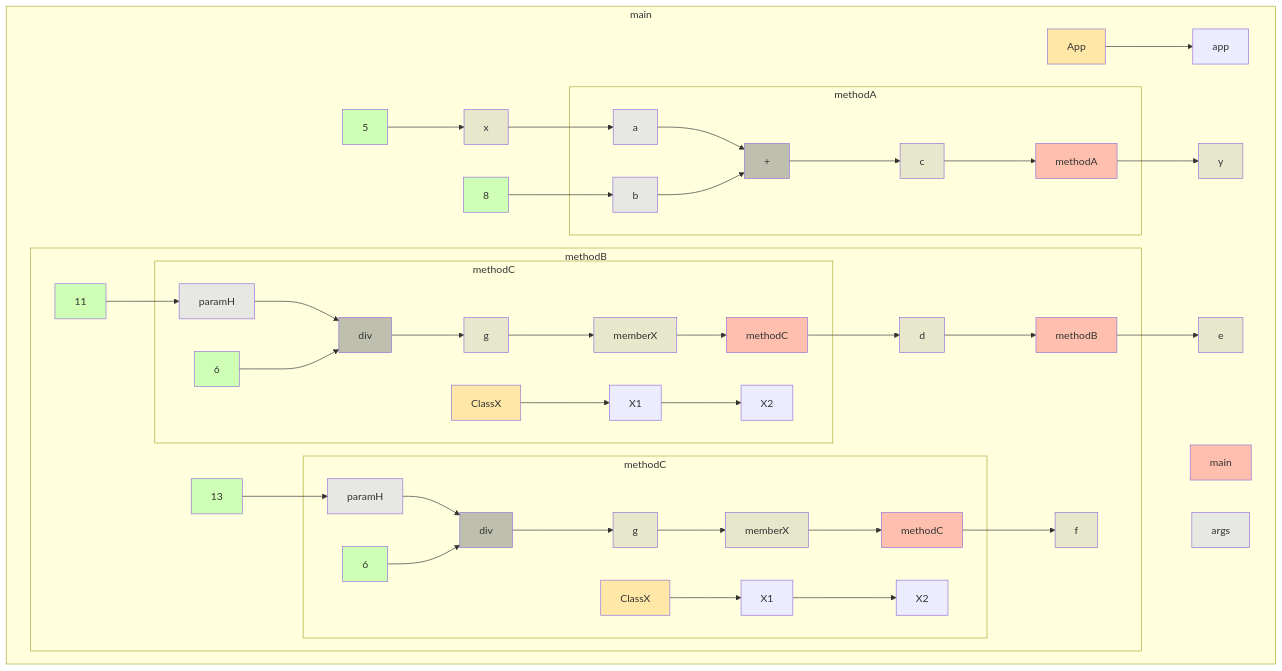
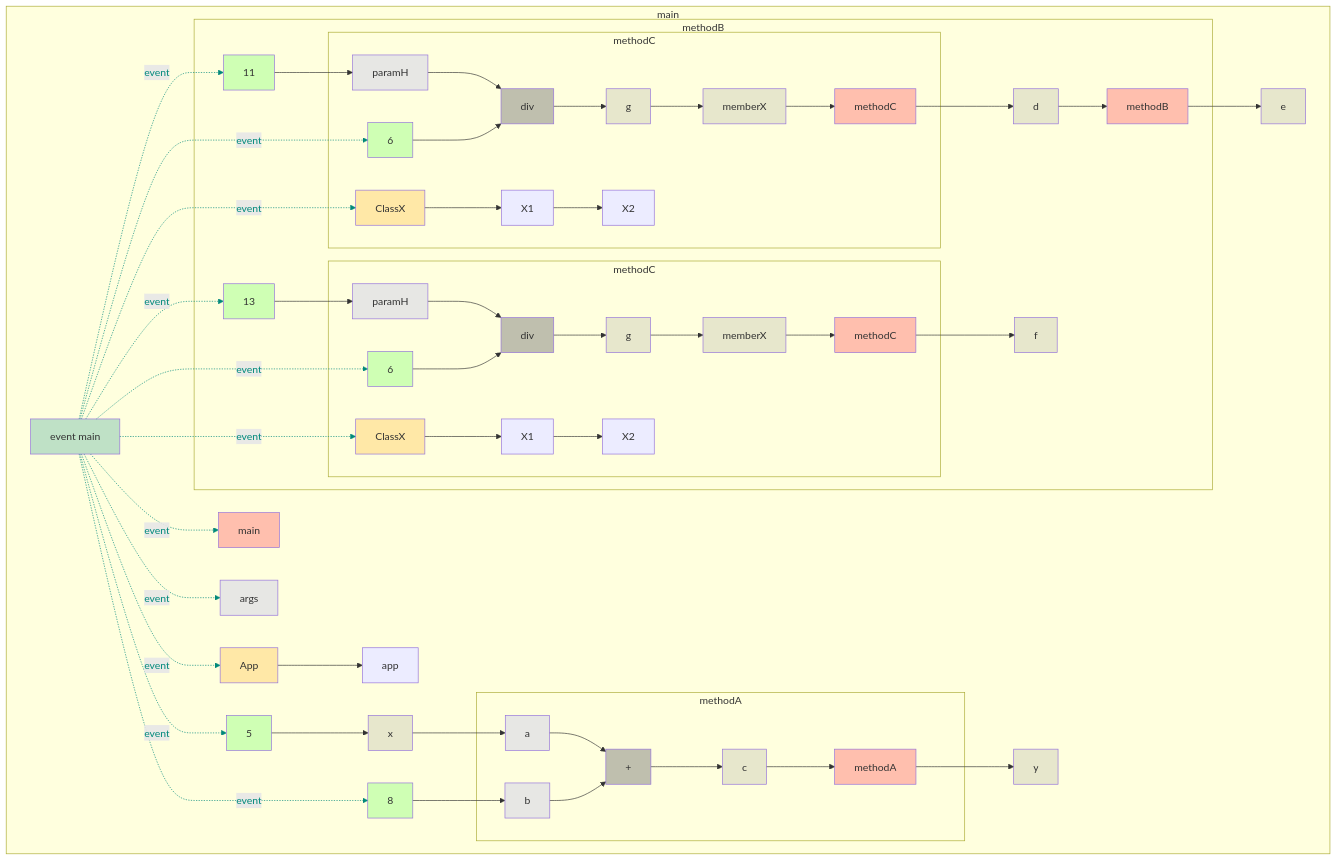
One commit to gstiebler/codeflow changed the diagram in app/src/test/resources/funcCall/snapshot.md. Above: the diagram before and after it, drawn with Mermaid. The commit also changed 77 other files, not shown here.

````diff
--- a/app/src/test/resources/funcCall/snapshot.md
+++ b/app/src/test/resources/funcCall/snapshot.md
@@ -1,81 +1,104 @@
 ```mermaid
 flowchart TD
   subgraph b0["main"]
-    n1[main]:::RETURN
-    n2[args]:::FUNC_PARAM
-    n3[5]:::LITERAL
-    n4[x]:::VARIABLE
-    n5[8]:::LITERAL
-    n12[y]:::VARIABLE
-    n13[App]:::EXTERNAL
-    n14[app]:::OBJ_VARIABLE
-    n41[e]:::VARIABLE
-    n3[5]:::LITERAL --> n4[x]:::VARIABLE
-    n4[x]:::VARIABLE --> n8[a]:::FUNC_PARAM
-    n5[8]:::LITERAL --> n9[b]:::FUNC_PARAM
-    n13[App]:::EXTERNAL --> n14[app]:::OBJ_VARIABLE
-    n7[methodA]:::RETURN --> n12[y]:::VARIABLE
-    n16[methodB]:::RETURN --> n41[e]:::VARIABLE
-    subgraph b6["methodA"]
-      n7[methodA]:::RETURN
-      n8[a]:::FUNC_PARAM
-      n9[b]:::FUNC_PARAM
-      n10[+]:::BIN_OP
-      n11[c]:::VARIABLE
-      n8[a]:::FUNC_PARAM --> n10[+]:::BIN_OP
-      n9[b]:::FUNC_PARAM --> n10[+]:::BIN_OP
-      n10[+]:::BIN_OP --> n11[c]:::VARIABLE
-      n11[c]:::VARIABLE --> n7[methodA]:::RETURN
+    n1[event main]:::EVENT
+    n2[main]:::RETURN
+    n3[args]:::FUNC_PARAM
+    n4[5]:::LITERAL
+    n5[x]:::VARIABLE
+    n6[8]:::LITERAL
+    n13[y]:::VARIABLE
+    n14[App]:::EXTERNAL
+    n15[app]:::OBJ_VARIABLE
+    n42[e]:::VARIABLE
+    n1[event main]:::EVENT -. event .-> n2[main]:::RETURN
+    n1[event main]:::EVENT -. event .-> n3[args]:::FUNC_PARAM
+    n1[event main]:::EVENT -. event .-> n4[5]:::LITERAL
+    n1[event main]:::EVENT -. event .-> n6[8]:::LITERAL
+    n1[event main]:::EVENT -. event .-> n14[App]:::EXTERNAL
+    n1[event main]:::EVENT -. event .-> n18[11]:::LITERAL
+    n1[event main]:::EVENT -. event .-> n30[13]:::LITERAL
+    n1[event main]:::EVENT -. event .-> n22[6]:::LITERAL
+    n1[event main]:::EVENT -. event .-> n25[ClassX]:::EXTERNAL
+    n1[event main]:::EVENT -. event .-> n34[6]:::LITERAL
+    n1[event main]:::EVENT -. event .-> n37[ClassX]:::EXTERNAL
+    n4[5]:::LITERAL --> n5[x]:::VARIABLE
+    n5[x]:::VARIABLE --> n9[a]:::FUNC_PARAM
+    n6[8]:::LITERAL --> n10[b]:::FUNC_PARAM
+    n14[App]:::EXTERNAL --> n15[app]:::OBJ_VARIABLE
+    n8[methodA]:::RETURN --> n13[y]:::VARIABLE
+    n17[methodB]:::RETURN --> n42[e]:::VARIABLE
+    subgraph b7["methodA"]
+      n8[methodA]:::RETURN
+      n9[a]:::FUNC_PARAM
+      n10[b]:::FUNC_PARAM
+      n11[+]:::BIN_OP
+      n12[c]:::VARIABLE
+      n9[a]:::FUNC_PARAM --> n11[+]:::BIN_OP
+      n10[b]:::FUNC_PARAM --> n11[+]:::BIN_OP
+      n11[+]:::BIN_OP --> n12[c]:::VARIABLE
+      n12[c]:::VARIABLE --> n8[methodA]:::RETURN
     end
-    subgraph b15["methodB"]
-      n16[methodB]:::RETURN
-      n17[11]:::LITERAL
-      n28[d]:::VARIABLE
-      n29[13]:::LITERAL
-      n40[f]:::VARIABLE
-      n17[11]:::LITERAL --> n20[paramH]:::FUNC_PARAM
-      n28[d]:::VARIABLE --> n16[methodB]:::RETURN
-      n29[13]:::LITERAL --> n32[paramH]:::FUNC_PARAM
-      n19[methodC]:::RETURN --> n28[d]:::VARIABLE
-      n31[methodC]:::RETURN --> n40[f]:::VARIABLE
-      subgraph b18["methodC"]
-        n19[methodC]:::RETURN
-        n20[paramH]:::FUNC_PARAM
-        n21[6]:::LITERAL
-        n22[div]:::BIN_OP
-        n23[g]:::VARIABLE
-        n24[ClassX]:::EXTERNAL
-        n25[X1]:::OBJ_VARIABLE
-        n26[memberX]:::VARIABLE
-        n27[X2]:::OBJ_VARIABLE
-        n20[paramH]:::FUNC_PARAM --> n22[div]:::BIN_OP
-        n21[6]:::LITERAL --> n22[div]:::BIN_OP
-        n22[div]:::BIN_OP --> n23[g]:::VARIABLE
-        n23[g]:::VARIABLE --> n26[memberX]:::VARIABLE
-        n24[ClassX]:::EXTERNAL --> n25[X1]:::OBJ_VARIABLE
-        n25[X1]:::OBJ_VARIABLE --> n27[X2]:::OBJ_VARIABLE
-        n26[memberX]:::VARIABLE --> n19[methodC]:::RETURN
+    subgraph b16["methodB"]
+      n17[methodB]:::RETURN
+      n18[11]:::LITERAL
+      n29[d]:::VARIABLE
+      n30[13]:::LITERAL
+      n41[f]:::VARIABLE
+      n18[11]:::LITERAL --> n21[paramH]:::FUNC_PARAM
+      n29[d]:::VARIABLE --> n17[methodB]:::RETURN
+      n30[13]:::LITERAL --> n33[paramH]:::FUNC_PARAM
+      n20[methodC]:::RETURN --> n29[d]:::VARIABLE
+      n32[methodC]:::RETURN --> n41[f]:::VARIABLE
+      subgraph b19["methodC"]
+        n20[methodC]:::RETURN
+        n21[paramH]:::FUNC_PARAM
+        n22[6]:::LITERAL
+        n23[div]:::BIN_OP
+        n24[g]:::VARIABLE
+        n25[ClassX]:::EXTERNAL
+        n26[X1]:::OBJ_VARIABLE
+        n27[memberX]:::VARIABLE
+        n28[X2]:::OBJ_VARIABLE
+        n21[paramH]:::FUNC_PARAM --> n23[div]:::BIN_OP
+        n22[6]:::LITERAL --> n23[div]:::BIN_OP
+        n23[div]:::BIN_OP --> n24[g]:::VARIABLE
+        n24[g]:::VARIABLE --> n27[memberX]:::VARIABLE
+        n25[ClassX]:::EXTERNAL --> n26[X1]:::OBJ_VARIABLE
+        n26[X1]:::OBJ_VARIABLE --> n28[X2]:::OBJ_VARIABLE
+        n27[memberX]:::VARIABLE --> n20[methodC]:::RETURN
       end
-      subgraph b30["methodC"]
-        n31[methodC]:::RETURN
-        n32[paramH]:::FUNC_PARAM
-        n33[6]:::LITERAL
-        n34[div]:::BIN_OP
-        n35[g]:::VARIABLE
-        n36[ClassX]:::EXTERNAL
-        n37[X1]:::OBJ_VARIABLE
-        n38[memberX]:::VARIABLE
-        n39[X2]:::OBJ_VARIABLE
-        n32[paramH]:::FUNC_PARAM --> n34[div]:::BIN_OP
-        n33[6]:::LITERAL --> n34[div]:::BIN_OP
-        n34[div]:::BIN_OP --> n35[g]:::VARIABLE
-        n35[g]:::VARIABLE --> n38[memberX]:::VARIABLE
-        n36[ClassX]:::EXTERNAL --> n37[X1]:::OBJ_VARIABLE
-        n37[X1]:::OBJ_VARIABLE --> n39[X2]:::OBJ_VARIABLE
-        n38[memberX]:::VARIABLE --> n31[methodC]:::RETURN
+      subgraph b31["methodC"]
+        n32[methodC]:::RETURN
+        n33[paramH]:::FUNC_PARAM
+        n34[6]:::LITERAL
+        n35[div]:::BIN_OP
+        n36[g]:::VARIABLE
+        n37[ClassX]:::EXTERNAL
+        n38[X1]:::OBJ_VARIABLE
+        n39[memberX]:::VARIABLE
+        n40[X2]:::OBJ_VARIABLE
+        n33[paramH]:::FUNC_PARAM --> n35[div]:::BIN_OP
+        n34[6]:::LITERAL --> n35[div]:::BIN_OP
+        n35[div]:::BIN_OP --> n36[g]:::VARIABLE
+        n36[g]:::VARIABLE --> n39[memberX]:::VARIABLE
+        n37[ClassX]:::EXTERNAL --> n38[X1]:::OBJ_VARIABLE
+        n38[X1]:::OBJ_VARIABLE --> n40[X2]:::OBJ_VARIABLE
+        n39[memberX]:::VARIABLE --> n32[methodC]:::RETURN
       end
     end
   end
+  linkStyle 0 stroke:#00897b,color:#00897b
+  linkStyle 1 stroke:#00897b,color:#00897b
+  linkStyle 2 stroke:#00897b,color:#00897b
+  linkStyle 3 stroke:#00897b,color:#00897b
+  linkStyle 4 stroke:#00897b,color:#00897b
+  linkStyle 5 stroke:#00897b,color:#00897b
+  linkStyle 6 stroke:#00897b,color:#00897b
+  linkStyle 7 stroke:#00897b,color:#00897b
+  linkStyle 8 stroke:#00897b,color:#00897b
+  linkStyle 9 stroke:#00897b,color:#00897b
+  linkStyle 10 stroke:#00897b,color:#00897b
   classDef LITERAL fill:#00FF0030
   classDef VARIABLE fill:#80808030
   classDef BIN_OP fill:#80808080
@@ -83,4 +106,5 @@
   classDef RETURN fill:#FF808080
   classDef EXTERNAL fill:#FFA50040
   classDef UNMODELLED fill:#FF000030,stroke-dasharray: 4 2
+  classDef EVENT fill:#00897B40
 ```
````
